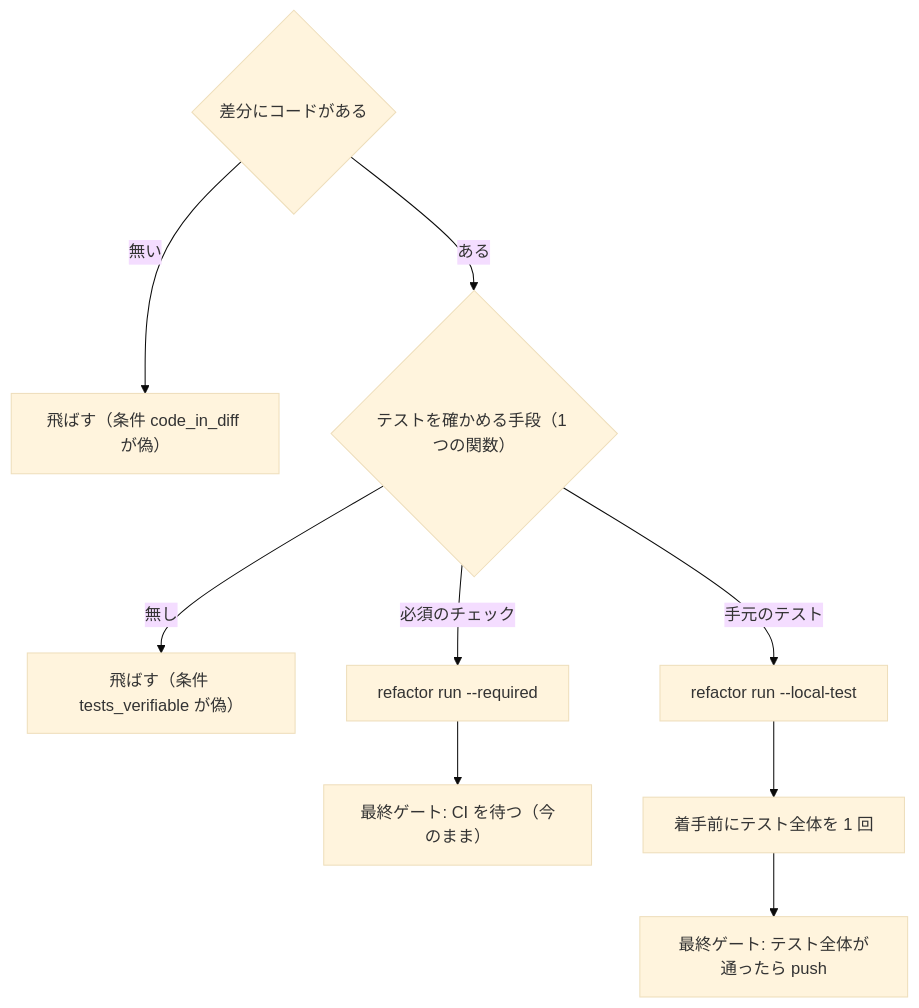
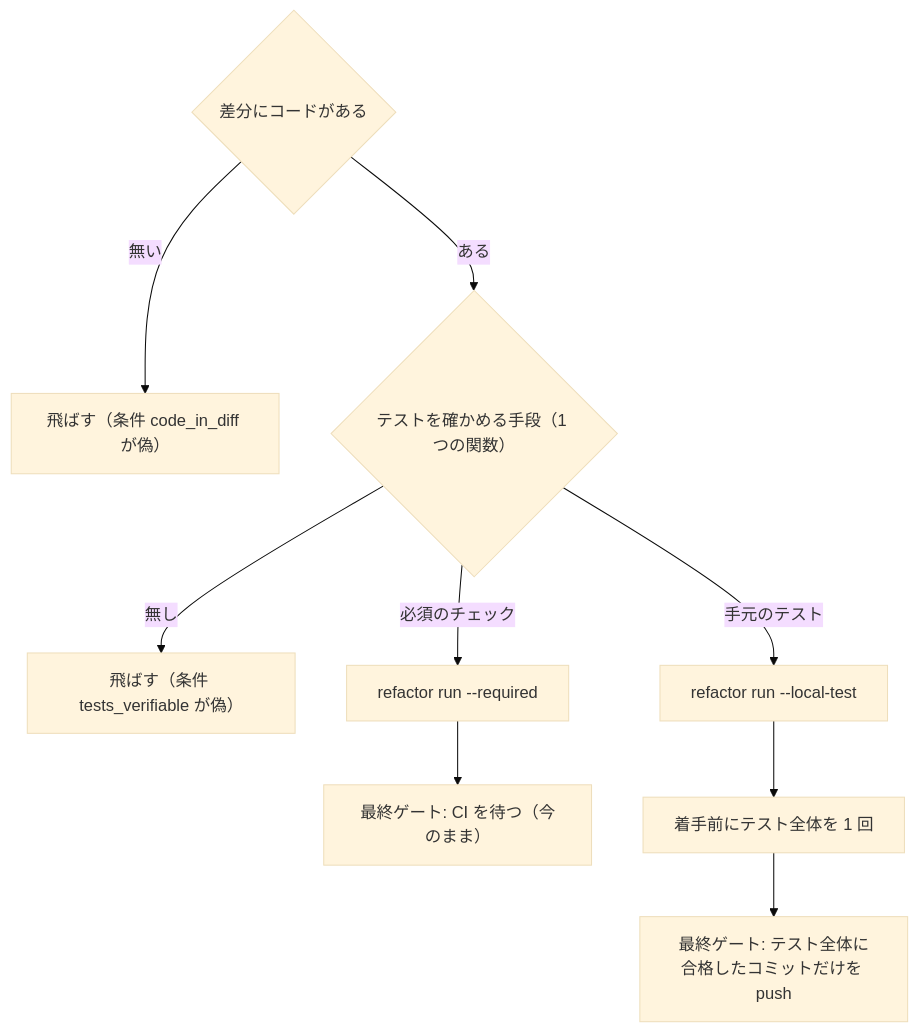
The second of 4 diagrams in issues/issue-4566-design.md (devbasex/ai-plugins), drawn with Mermaid (base theme) before and after one commit. The commit also changed other lines of this file and 3 other files, not shown here.

````diff
--- a/issues/issue-4566-design.md
+++ b/issues/issue-4566-design.md
@@ -43,11 +54,11 @@
 ```mermaid
 graph TB
     C{"差分にコードがある"} -->|無い| K1["飛ばす（条件 code_in_diff が偽）"]
     C -->|ある| M{"テストを確かめる手段（1 つの関数）"}
     M -->|無し| K2["飛ばす（条件 tests_verifiable が偽）"]
     M -->|必須のチェック| R1["refactor run --required"]
     M -->|手元のテスト| R2["refactor run --local-test"]
     R1 --> G1["最終ゲート: CI を待つ（今のまま）"]
     R2 --> B["着手前にテスト全体を 1 回"]
-    B --> G2["最終ゲート: テスト全体が通ったら push"]
+    B --> G2["最終ゲート: テスト全体に合格したコミットだけを push"]
 ```
````
